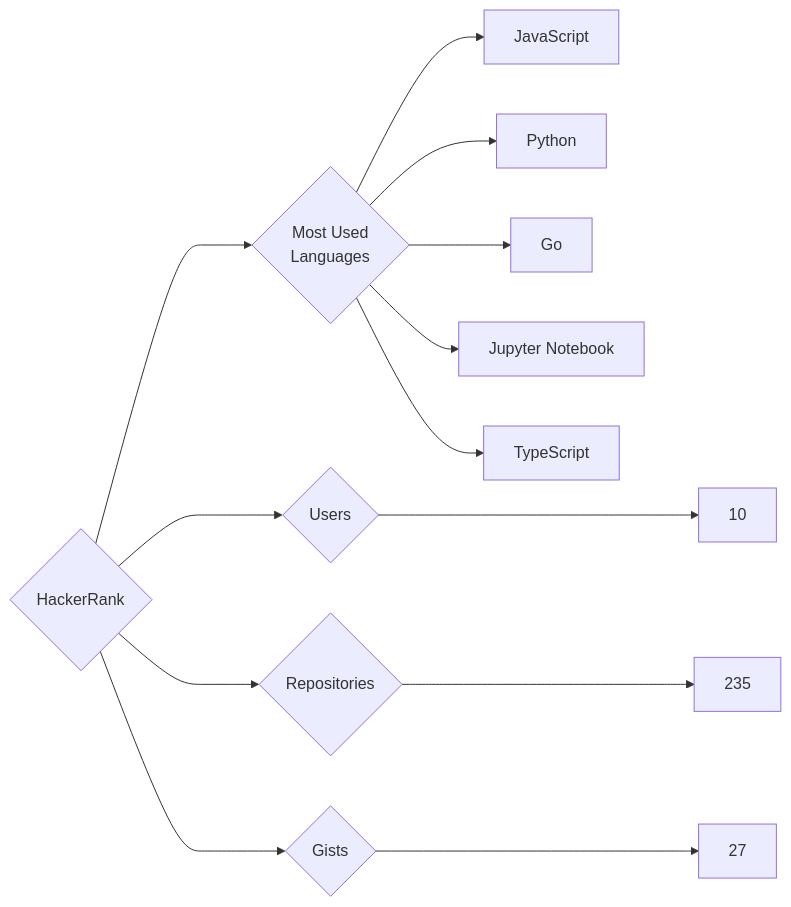
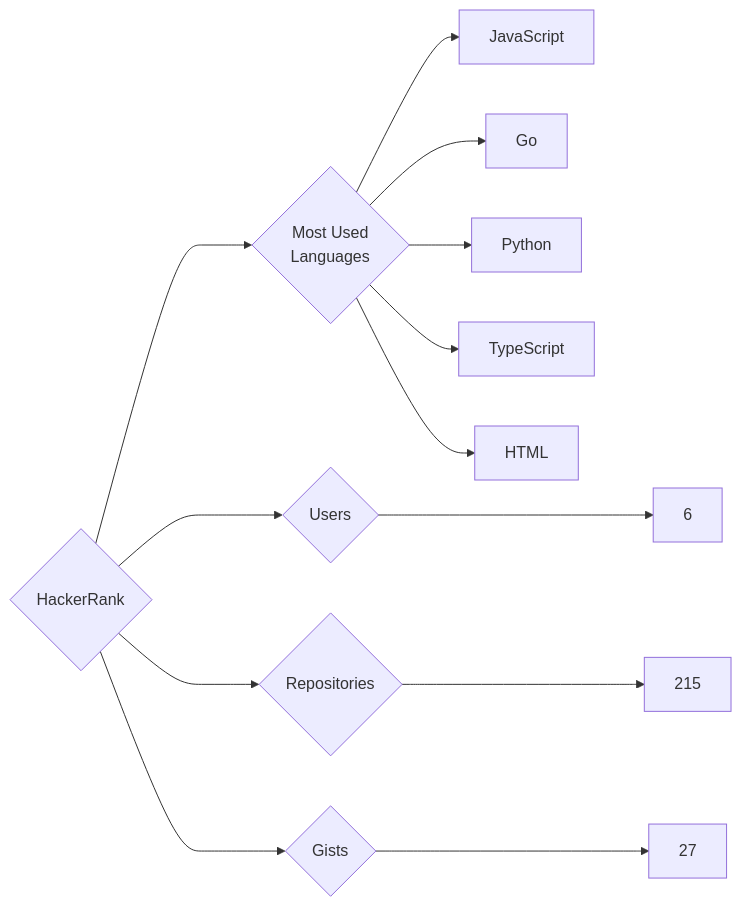
The diagram in targets/HackerRank/README.md (trickest/insiders), drawn with Mermaid before and after one commit. The commit also changed 776 other files, not shown here.

````diff
--- a/targets/HackerRank/README.md
+++ b/targets/HackerRank/README.md
@@ -3,13 +3,13 @@
 ```mermaid
 graph LR
 COMPANY_NAME{HackerRank}
-COMPANY_NAME ---> U{Users} ---> UN[10]
-COMPANY_NAME ---> R{Repositories} ---> RN[235]
+COMPANY_NAME ---> U{Users} ---> UN[6]
+COMPANY_NAME ---> R{Repositories} ---> RN[215]
 COMPANY_NAME ---> G{Gists} ---> GN[27]
 COMPANY_NAME ---> ML{Most Used<br>Languages}
 ML --> JavaScript[JavaScript]
+ML --> Go[Go]
 ML --> Python[Python]
-ML --> Go[Go]
-ML --> Jupyter_Notebook[Jupyter Notebook]
 ML --> TypeScript[TypeScript]
+ML --> HTML[HTML]
 ```
````
